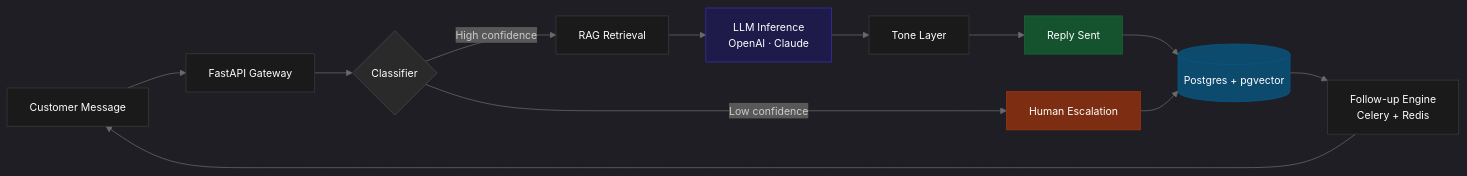
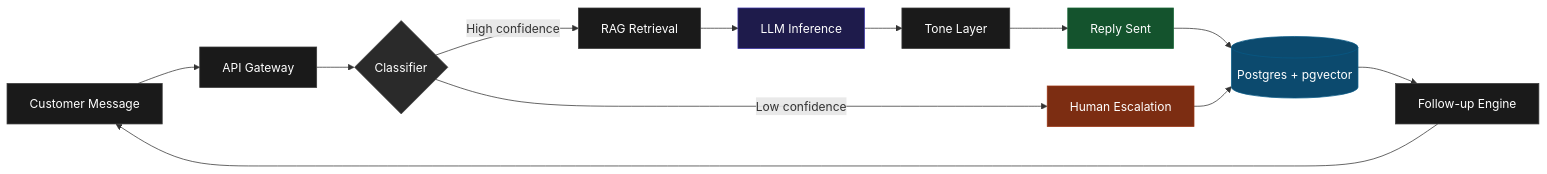
One commit to RHEXorg/Uzair changed the diagram in README.md. Above: the diagram before and after it, drawn with Mermaid.

````diff
--- a/README.md
+++ b/README.md
@@ -242,26 +242,27 @@
 ```mermaid
-%%{init: {'theme':'dark', 'themeVariables': { 'primaryColor':'#1a1a1a', 'primaryTextColor':'#ffffff', 'primaryBorderColor':'#3a3a3a', 'lineColor':'#6a6a6a', 'fontSize':'14px'}}}%%
 flowchart LR
-    A[Customer Message] --> B[FastAPI Gateway]
+    A[Customer Message] --> B[API Gateway]
     B --> C{Classifier}
     C -->|High confidence| D[RAG Retrieval]
     C -->|Low confidence| E[Human Escalation]
-    D --> F[LLM Inference<br/>OpenAI · Claude]
+    D --> F[LLM Inference]
     F --> G[Tone Layer]
     G --> H[Reply Sent]
     H --> I[(Postgres + pgvector)]
     E --> I
-    I --> J[Follow-up Engine<br/>Celery + Redis]
+    I --> J[Follow-up Engine]
     J --> A
 
-    style A fill:#1a1a1a,stroke:#3a3a3a,color:#fff
-    style B fill:#1a1a1a,stroke:#3a3a3a,color:#fff
-    style C fill:#2a2a2a,stroke:#4a4a4a,color:#fff
-    style D fill:#1a1a1a,stroke:#3a3a3a,color:#fff
-    style E fill:#7c2d12,stroke:#9a3412,color:#fff
-    style F fill:#1e1b4b,stroke:#3730a3,color:#fff
-    style G fill:#1a1a1a,stroke:#3a3a3a,color:#fff
-    style H fill:#14532d,stroke:#166534,color:#fff
-    style I fill:#0c4a6e,stroke:#075985,color:#fff
-    style J fill:#1a1a1a,stroke:#3a3a3a,color:#fff
+    classDef default fill:#1a1a1a,stroke:#3a3a3a,color:#fff
+    classDef decision fill:#2a2a2a,stroke:#4a4a4a,color:#fff
+    classDef escalate fill:#7c2d12,stroke:#9a3412,color:#fff
+    classDef ai fill:#1e1b4b,stroke:#3730a3,color:#fff
+    classDef success fill:#14532d,stroke:#166534,color:#fff
+    classDef data fill:#0c4a6e,stroke:#075985,color:#fff
+
+    class C decision
+    class E escalate
+    class F ai
+    class H success
+    class I data
 ```
````
